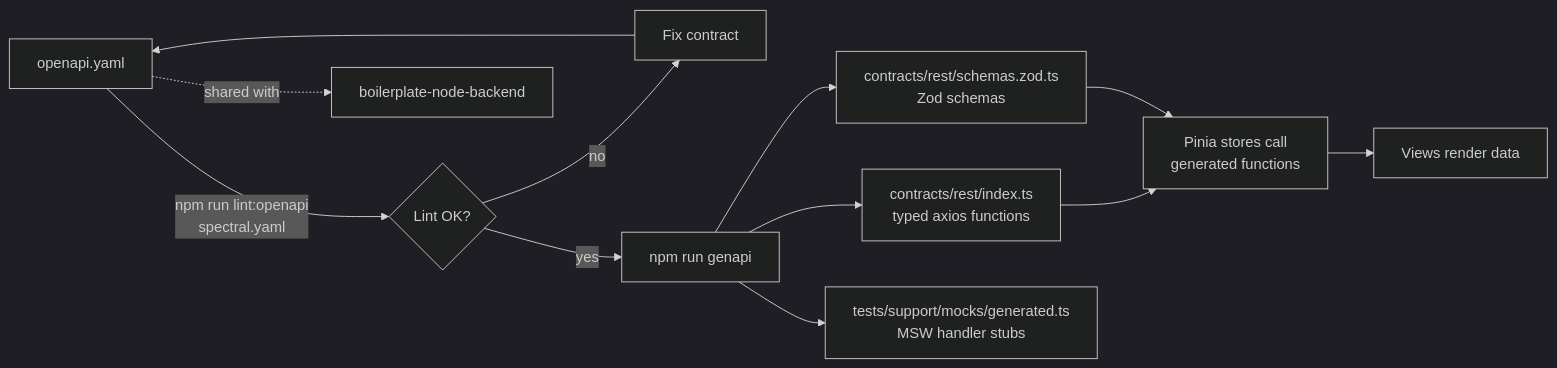
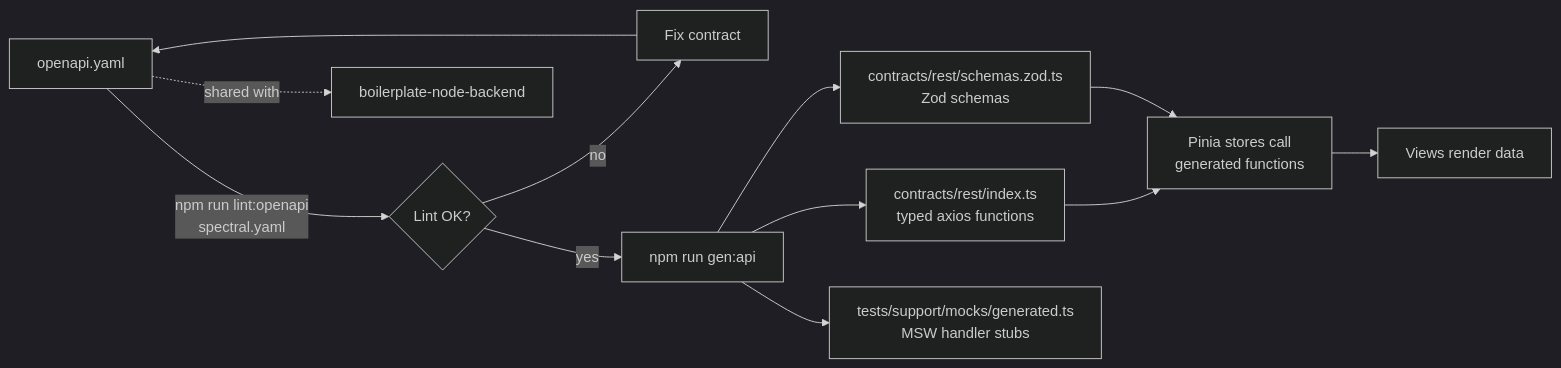
The second of 6 diagrams in README.md (Guebbit/boilerplate-vue-frontend), drawn with Mermaid (dark theme) before and after one commit. The commit also changed other lines of this file and 51 other files, not shown here.

````diff
--- a/README.md
+++ b/README.md
@@ -392,14 +392,14 @@
 ```mermaid
 flowchart LR
     A[openapi.yaml] -->|npm run lint:openapi<br/>spectral.yaml| L{Lint OK?}
     L -- no --> X[Fix contract]
     X --> A
-    L -- yes --> G[npm run genapi]
+    L -- yes --> G[npm run gen:api]
     G --> CLIENT[contracts/rest/index.ts<br/>typed axios functions]
     G --> ZOD[contracts/rest/schemas.zod.ts<br/>Zod schemas]
     G --> MOCKS[tests/support/mocks/generated.ts<br/>MSW handler stubs]
     CLIENT --> STORES[Pinia stores call<br/>generated functions]
     ZOD --> STORES
     STORES --> VIEWS[Views render data]
     A -.shared with.-> BE[boilerplate-node-backend]
 ```
````
